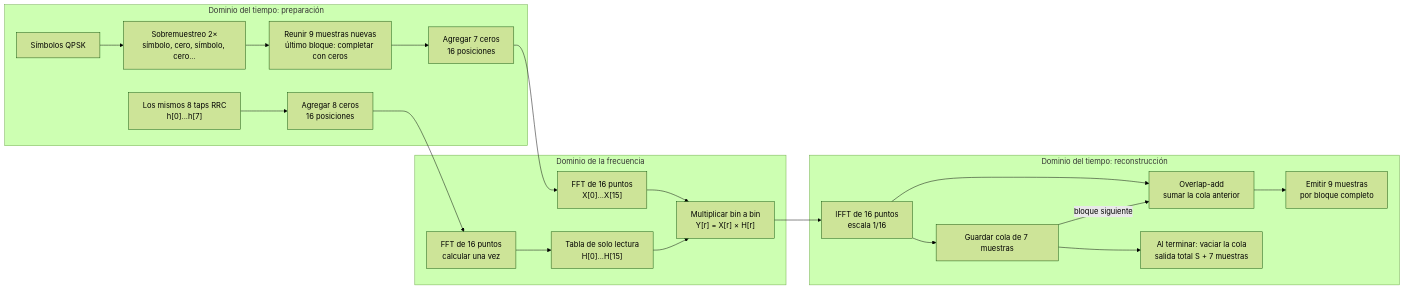
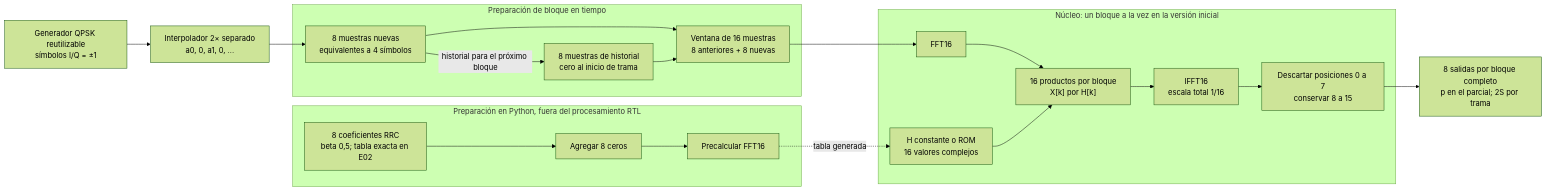
One commit to EnzoFernandezz11/rrc-fir-rtl changed the diagram in docs/frecuency/general_diagram.md. Above: the diagram before and after it, drawn with Mermaid (forest theme). The commit also changed other lines of this file and 7 other files, not shown here.

Commit message:
E01: define RRC FFT16 overlap-save design and verification

````diff
--- a/docs/frecuency/general_diagram.md
+++ b/docs/frecuency/general_diagram.md
@@ -5,27 +5,36 @@
 ```mermaid
 flowchart LR
-    subgraph T0["Dominio del tiempo: preparación"]
-        Q["Símbolos QPSK"] --> U["Sobremuestreo 2×<br/>símbolo, cero, símbolo, cero..."]
-        U --> B["Reunir 9 muestras nuevas<br/>último bloque: completar con ceros"]
-        B --> P["Agregar 7 ceros<br/>16 posiciones"]
+    Q["Generador QPSK reutilizable<br/>símbolos I/Q = ±1"]
+    UP["Interpolador 2× separado<br/>a0, 0, a1, 0, ..."]
+    Q --> UP
 
-        H["Los mismos 8 taps RRC<br/>h[0]...h[7]"] --> HP["Agregar 8 ceros<br/>16 posiciones"]
+    subgraph T0["Preparación de bloque en tiempo"]
+        NEW["8 muestras nuevas<br/>equivalentes a 4 símbolos"]
+        HIST["8 muestras de historial<br/>cero al inicio de trama"]
+        WIN["Ventana de 16 muestras<br/>8 anteriores + 8 nuevas"]
+        NEW --> WIN
+        HIST --> WIN
+        NEW -->|historial para el próximo bloque| HIST
+    end
+    UP --> NEW
+
+    subgraph OFF["Preparación en Python, fuera del procesamiento RTL"]
+        H["8 coeficientes RRC<br/>beta 0,5; tabla exacta en E02"]
+        PAD["Agregar 8 ceros"]
+        FH["Precalcular FFT16"]
+        H --> PAD --> FH
     end
 
-    subgraph F["Dominio de la frecuencia"]
-        P --> FX["FFT de 16 puntos<br/>X[0]...X[15]"]
-        HP --> FH["FFT de 16 puntos<br/>calcular una vez"]
-        FH --> ROM["Tabla de solo lectura<br/>H[0]...H[15]"]
-        FX --> MUL["Multiplicar bin a bin<br/>Y[r] = X[r] × H[r]"]
+    subgraph CORE["Núcleo: un bloque a la vez en la versión inicial"]
+        FX["FFT16"]
+        ROM["H constante o ROM<br/>16 valores complejos"]
+        MUL["16 productos por bloque<br/>X[k] por H[k]"]
+        INV["IFFT16<br/>escala total 1/16"]
+        SELECT["Descartar posiciones 0 a 7<br/>conservar 8 a 15"]
+        FX --> MUL --> INV --> SELECT
         ROM --> MUL
     end
-
-    subgraph T1["Dominio del tiempo: reconstrucción"]
-        MUL --> INV["IFFT de 16 puntos<br/>escala 1/16"]
-        INV --> SUM["Overlap-add<br/>sumar la cola anterior"]
-        SUM --> OUT["Emitir 9 muestras<br/>por bloque completo"]
-        INV --> TAIL["Guardar cola de 7 muestras"]
-        TAIL -->|bloque siguiente| SUM
-        TAIL --> END["Al terminar: vaciar la cola<br/>salida total S + 7 muestras"]
-    end
+    WIN --> FX
+    FH -.->|tabla generada| ROM
+    SELECT --> OUT["8 salidas por bloque completo<br/>p en el parcial; 2S por trama"]
 ```
````
